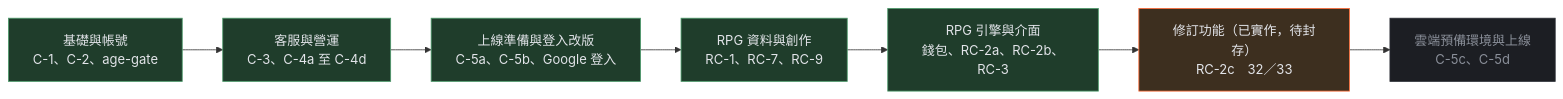
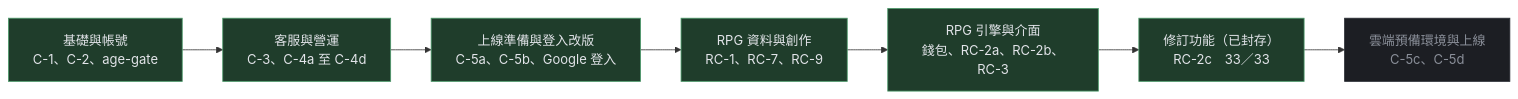
One commit to pp466pp466/R.A.C changed diagram 17 of 17 in docs/1.0簡報.md. Above: the diagram before and after it, drawn with Mermaid. The commit also changed other lines of this file and 26 other files, not shown here.

````diff
--- a/docs/1.0簡報.md
+++ b/docs/1.0簡報.md
@@ -680,14 +680,14 @@
 ```mermaid
 flowchart LR
     A["基礎與帳號<br/>C-1、C-2、age-gate"]:::done
     B["客服與營運<br/>C-3、C-4a 至 C-4d"]:::done
     C["上線準備與登入改版<br/>C-5a、C-5b、Google 登入"]:::done
     D["RPG 資料與創作<br/>RC-1、RC-7、RC-9"]:::done
     E["RPG 引擎與介面<br/>錢包、RC-2a、RC-2b、RC-3"]:::done
-    F["修訂功能（已實作，待封存）<br/>RC-2c　32／33"]:::active
+    F["修訂功能（已封存）<br/>RC-2c　33／33"]:::done
     G["雲端預備環境與上線<br/>C-5c、C-5d"]:::plan
     A --> B --> C --> D --> E --> F --> G
     classDef done fill:#1f3d2b,stroke:#4c9a6a,color:#e2e4e9
     classDef active fill:#3d2f1f,stroke:#ff6b35,color:#e2e4e9
     classDef plan fill:#1c1e23,stroke:#2a2d34,color:#8a8f99
 ```
````
